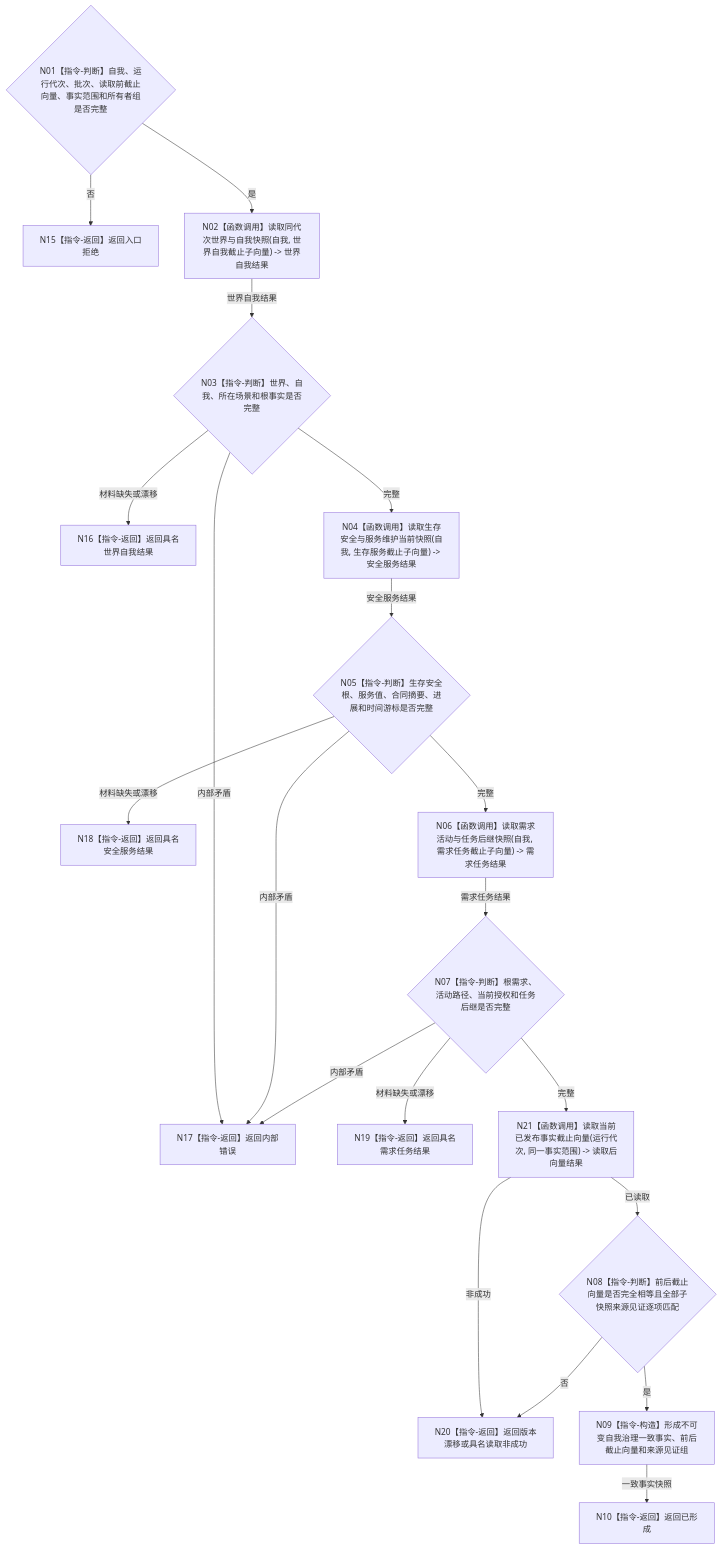
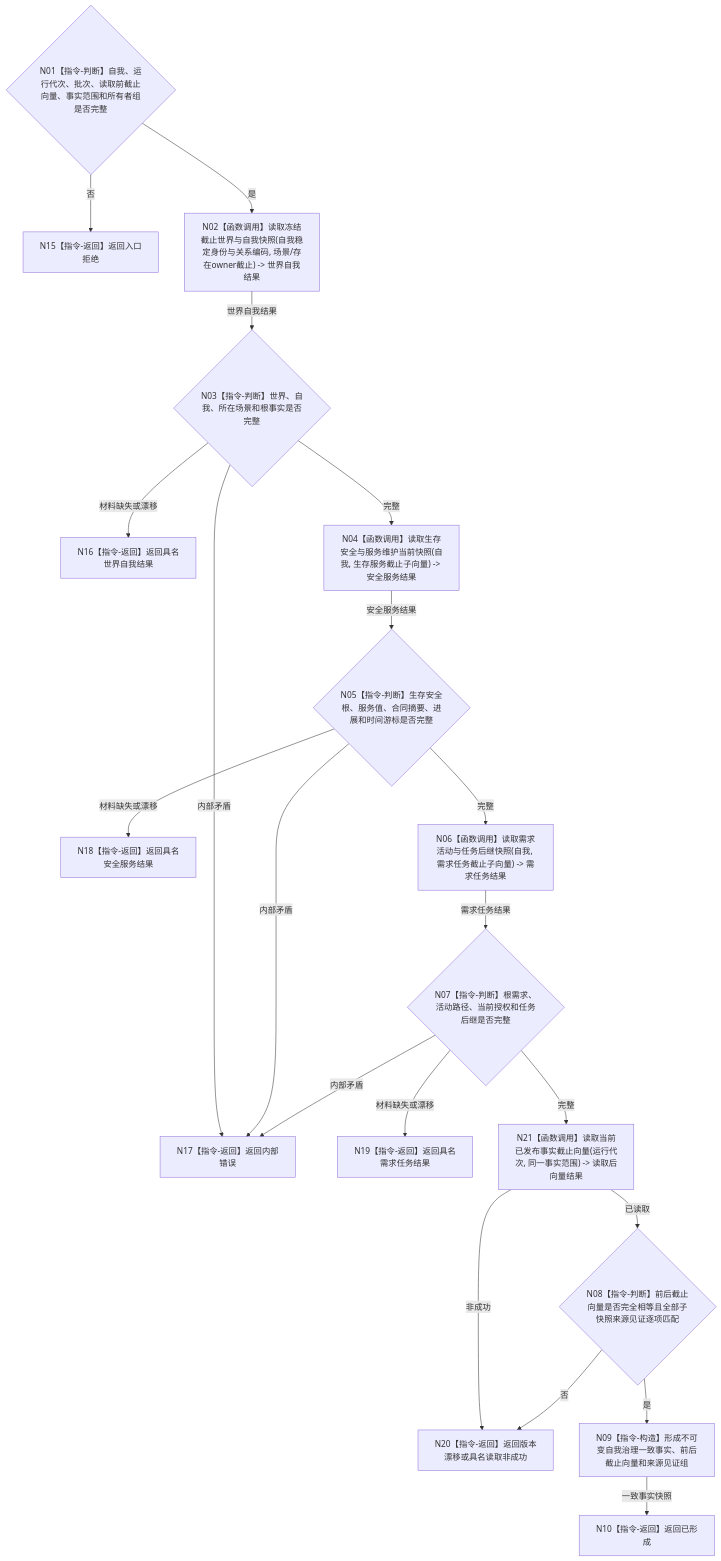
Before and after one commit to chunhaizh-cyber/HY-Ego: the diagram in 流程图/目标业务流程图/L2/BIZ-L2-002-02_读取自我治理一致事实_目标函数流程图_v0.1.md, drawn with Mermaid. The commit also changed other lines of this file and 13 other files, not shown here.

````diff
--- a/流程图/目标业务流程图/L2/BIZ-L2-002-02_读取自我治理一致事实_目标函数流程图_v0.1.md
+++ b/流程图/目标业务流程图/L2/BIZ-L2-002-02_读取自我治理一致事实_目标函数流程图_v0.1.md
@@ -33,22 +33,22 @@
 ```mermaid
 flowchart TD
     N01{"N01【指令-判断】自我、运行代次、批次、读取前截止向量、事实范围和所有者组是否完整"} -->|否| N15["N15【指令-返回】返回入口拒绝"]
-    N01 -->|是| N02["N02【函数调用】读取同代次世界与自我快照(自我, 世界自我截止子向量) -> 世界自我结果"]
+    N01 -->|是| N02["N02【函数调用】读取冻结截止世界与自我快照(自我稳定身份与关系编码, 场景/存在owner截止) -> 世界自我结果"]
     N02 -->|世界自我结果| N03{"N03【指令-判断】世界、自我、所在场景和根事实是否完整"}
     N03 -->|材料缺失或漂移| N16["N16【指令-返回】返回具名世界自我结果"]
     N03 -->|内部矛盾| N17["N17【指令-返回】返回内部错误"]
     N03 -->|完整| N04["N04【函数调用】读取生存安全与服务维护当前快照(自我, 生存服务截止子向量) -> 安全服务结果"]
     N04 -->|安全服务结果| N05{"N05【指令-判断】生存安全根、服务值、合同摘要、进展和时间游标是否完整"}
     N05 -->|材料缺失或漂移| N18["N18【指令-返回】返回具名安全服务结果"]
     N05 -->|内部矛盾| N17
     N05 -->|完整| N06["N06【函数调用】读取需求活动与任务后继快照(自我, 需求任务截止子向量) -> 需求任务结果"]
     N06 -->|需求任务结果| N07{"N07【指令-判断】根需求、活动路径、当前授权和任务后继是否完整"}
     N07 -->|材料缺失或漂移| N19["N19【指令-返回】返回具名需求任务结果"]
     N07 -->|内部矛盾| N17
     N07 -->|完整| N21["N21【函数调用】读取当前已发布事实截止向量(运行代次, 同一事实范围) -> 读取后向量结果"]
     N21 -->|非成功| N20["N20【指令-返回】返回版本漂移或具名读取非成功"]
     N21 -->|已读取| N08{"N08【指令-判断】前后截止向量是否完全相等且全部子快照来源见证逐项匹配"}
     N08 -->|否| N20
     N08 -->|是| N09["N09【指令-构造】形成不可变自我治理一致事实、前后截止向量和来源见证组"]
     N09 -->|一致事实快照| N10["N10【指令-返回】返回已形成"]
 ```
````
